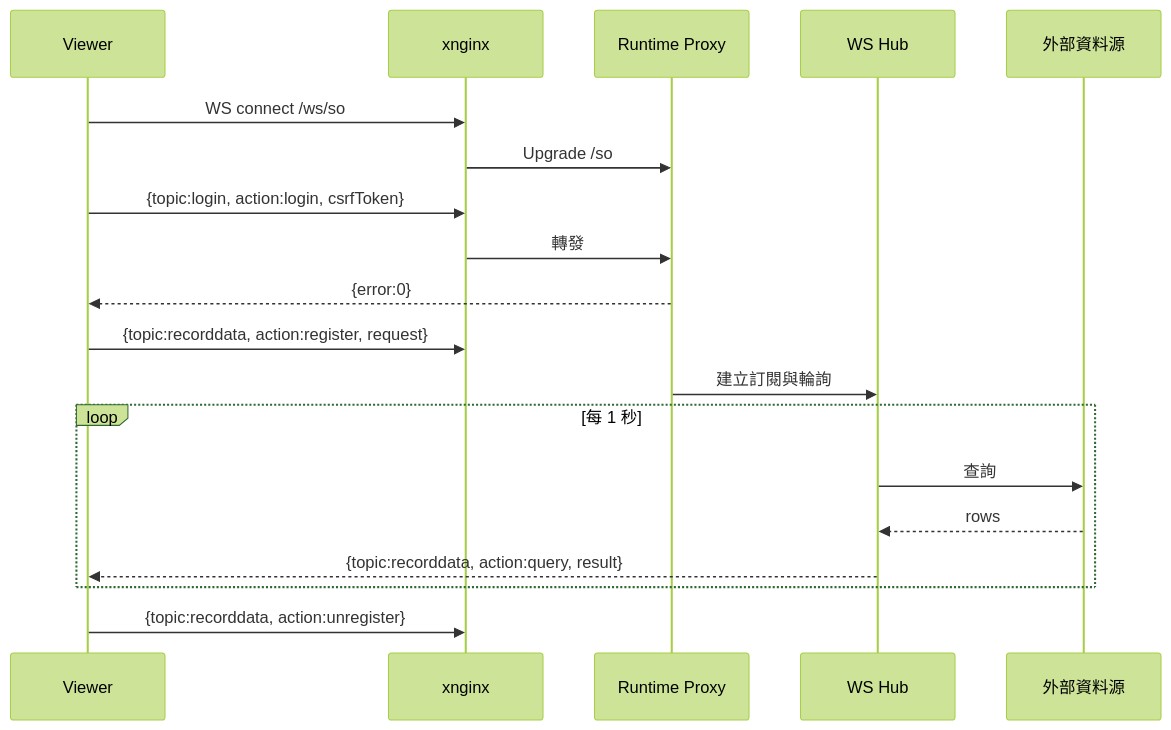
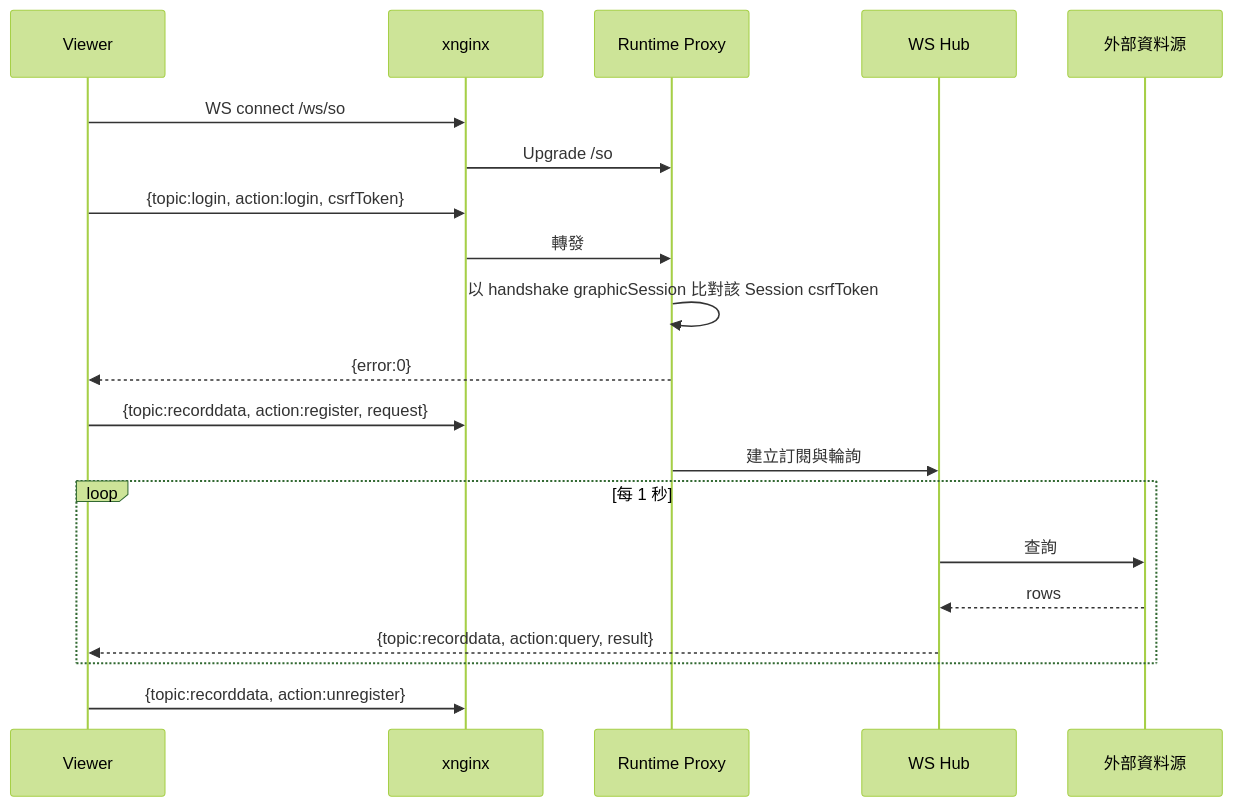
The sixth of 8 diagrams in SDS/02_System_Architecture.md (PochengChen-del/EdgeViewDoc), drawn with Mermaid (forest theme) before and after one commit. The commit also changed 13 other files, not shown here.

````diff
--- a/SDS/02_System_Architecture.md
+++ b/SDS/02_System_Architecture.md
@@ -254,21 +254,22 @@
 ```mermaid
 sequenceDiagram
     participant V as Viewer
     participant N as xnginx
     participant R as Runtime Proxy
     participant WS as WS Hub
     participant DB as 外部資料源
     V->>N: WS connect /ws/so
     N->>R: Upgrade /so
     V->>N: {topic:login, action:login, csrfToken}
     N->>R: 轉發
+    R->>R: 以 handshake graphicSession 比對該 Session csrfToken
     R-->>V: {error:0}
     V->>N: {topic:recorddata, action:register, request}
     R->>WS: 建立訂閱與輪詢
     loop 每 1 秒
         WS->>DB: 查詢
         DB-->>WS: rows
         WS-->>V: {topic:recorddata, action:query, result}
     end
     V->>N: {topic:recorddata, action:unregister}
 ```
````
